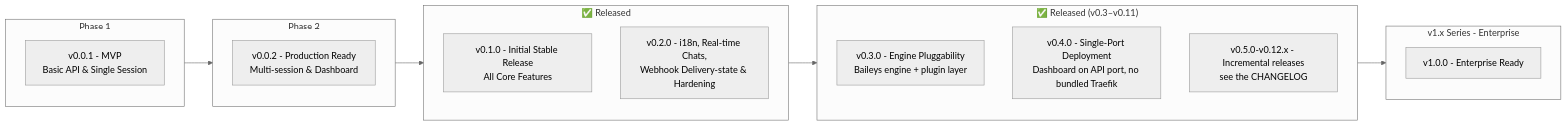
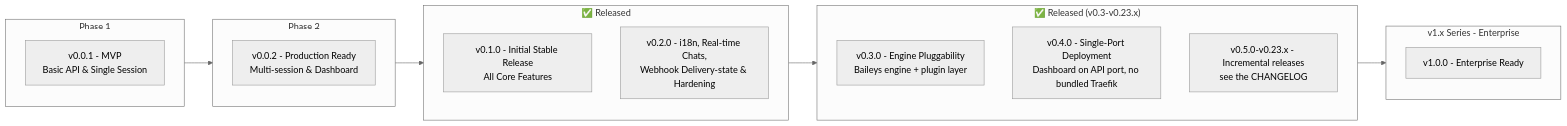
The sixth of 7 diagrams in docs/15-project-roadmap.md (AntoineTROOVY/Sherlo), drawn with Mermaid (neutral theme) before and after one commit. The commit also changed other lines of this file and 2 other files, not shown here.

First line of the commit message:
docs(roadmap): enforce the pre-1.0 versioning rule from 0.24.0

````diff
--- a/docs/15-project-roadmap.md
+++ b/docs/15-project-roadmap.md
@@ -513,27 +517,27 @@
 ```mermaid
 flowchart LR
     subgraph Phase1["Phase 1"]
         V001[v0.0.1 - MVP<br/>Basic API & Single Session]
     end
 
     subgraph Phase2["Phase 2"]
         V002[v0.0.2 - Production Ready<br/>Multi-session & Dashboard]
     end
 
     subgraph Stable["✅ Released"]
         V010[v0.1.0 - Initial Stable Release<br/>All Core Features]
         V020[v0.2.0 - i18n, Real-time Chats,<br/>Webhook Delivery-state & Hardening]
     end
 
-    subgraph v0.x["✅ Released (v0.3–v0.11)"]
+    subgraph v0.x["✅ Released (v0.3-v0.23.x)"]
         V030[v0.3.0 - Engine Pluggability<br/>Baileys engine + plugin layer]
         V040[v0.4.0 - Single-Port Deployment<br/>Dashboard on API port, no bundled Traefik]
-        V011[v0.5.0-v0.12.x - Incremental releases<br/>see the CHANGELOG]
+        V011[v0.5.0-v0.23.x - Incremental releases<br/>see the CHANGELOG]
     end
 
     subgraph v1.x["v1.x Series - Enterprise"]
         V10[v1.0.0 - Enterprise Ready]
     end
 
     Phase1 --> Phase2 --> Stable --> v0.x --> v1.x
 ```
````
